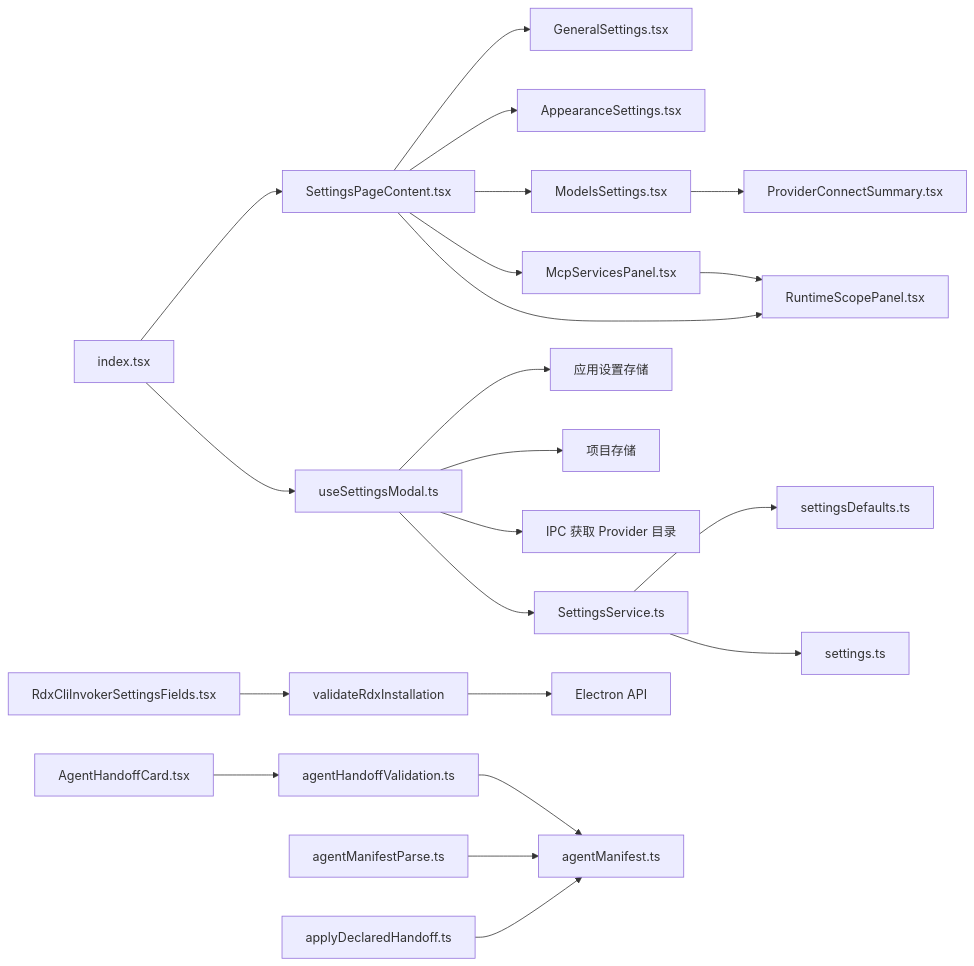
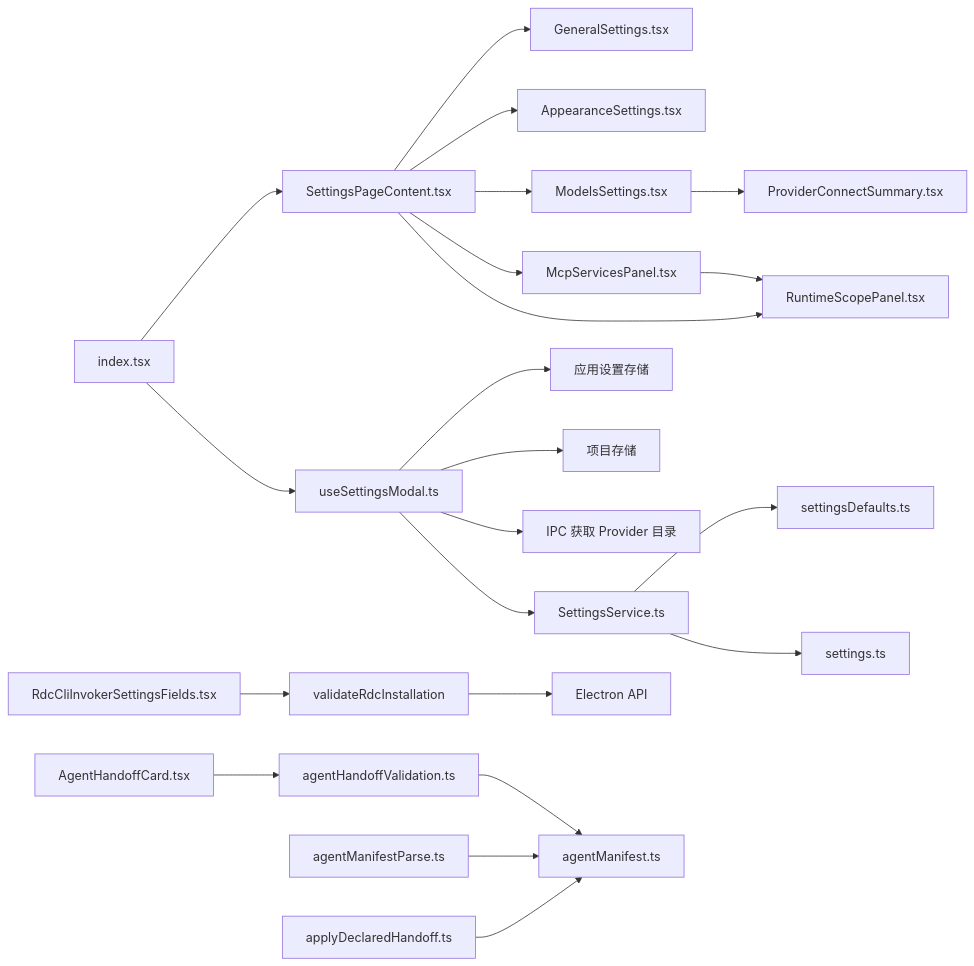
Before and after one commit to haolange/RDC-Agent: the fourth of 4 diagrams in .qoder/repowiki/zh/content/用户界面/设置面板/设置面板.md, drawn with Mermaid. The commit also changed other lines of this file and 557 other files, not shown here.

````diff
--- a/.qoder/repowiki/zh/content/用户界面/设置面板/设置面板.md
+++ b/.qoder/repowiki/zh/content/用户界面/设置面板/设置面板.md
@@ -415,24 +415,24 @@
 ```mermaid
 graph LR
 IM["index.tsx"] --> SP["SettingsPageContent.tsx"]
 SP --> GS["GeneralSettings.tsx"]
 SP --> AS["AppearanceSettings.tsx"]
 SP --> MS["ModelsSettings.tsx"]
 SP --> MSP["McpServicesPanel.tsx"]
 SP --> RSP["RuntimeScopePanel.tsx"]
 MSP --> RSP
 MS --> PCS["ProviderConnectSummary.tsx"]
 IM --> USM["useSettingsModal.ts"]
 USM --> ST["应用设置存储"]
 USM --> PS["项目存储"]
 USM --> IPC["IPC 获取 Provider 目录"]
 USM --> SS["SettingsService.ts"]
 SS --> SD["settingsDefaults.ts"]
 SS --> STY["settings.ts"]
-RSF["RdxCliInvokerSettingsFields.tsx"] --> VI["validateRdxInstallation"]
+RSF["RdcCliInvokerSettingsFields.tsx"] --> VI["validateRdcInstallation"]
 VI --> EA["Electron API"]
 AHC["AgentHandoffCard.tsx"] --> AV["agentHandoffValidation.ts"]
 AV --> AMT["agentManifest.ts"]
 AMP["agentManifestParse.ts"] --> AMT
 ADH["applyDeclaredHandoff.ts"] --> AMT
 ```
````
